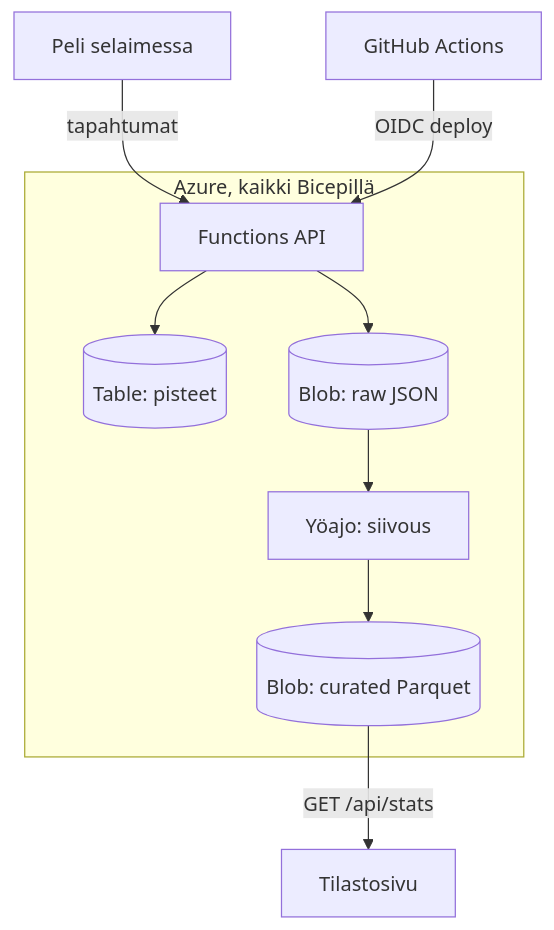
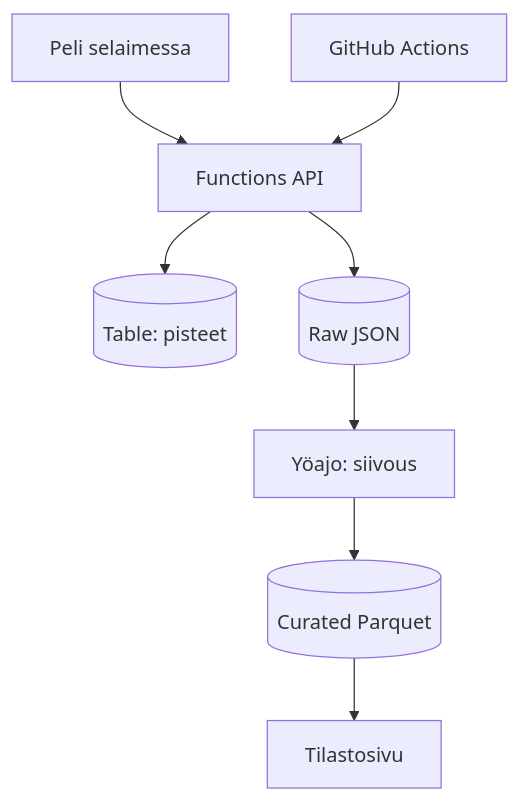
Before and after one commit to Gerlitek/zombiet-peli: the diagram in README.md, drawn with Mermaid. The commit also changed other lines of this file, not shown here.

Commit message:
Keep diagram text inside short node labels only, so GitHub does not clip it

````diff
--- a/README.md
+++ b/README.md
@@ -14,17 +14,10 @@
 ```mermaid
 flowchart TD
-    Game["`Peli selaimessa`"] -->|"`tapahtumat`"| API
-    GH["`GitHub Actions`"] -->|"`OIDC deploy`"| API
-    subgraph Azure["`Azure, kaikki Bicepillä`"]
-        API["`Functions API`"]
-        Scores[("`Table: pisteet`")]
-        Raw[("`Blob: raw JSON`")]
-        Night["`Yöajo: siivous`"]
-        Cur[("`Blob: curated Parquet`")]
-        API --> Scores
-        API --> Raw
-        Raw --> Night
-        Night --> Cur
-    end
-    Cur -->|"`GET /api/stats`"| Dash["`Tilastosivu`"]
+    Game["Peli selaimessa"] --> API
+    GH["GitHub Actions"] --> API
+    API["Functions API"] --> Scores[("Table: pisteet")]
+    API --> Raw[("Raw JSON")]
+    Raw --> Night["Yöajo: siivous"]
+    Night --> Cur[("Curated Parquet")]
+    Cur --> Dash["Tilastosivu"]
 ```
````
